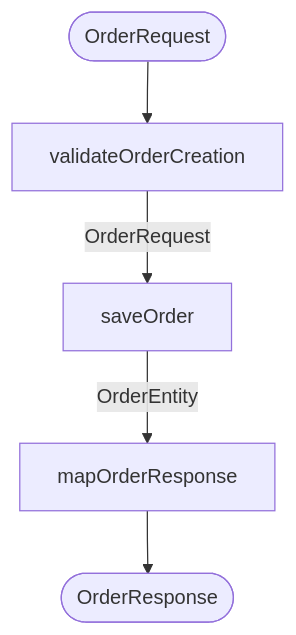
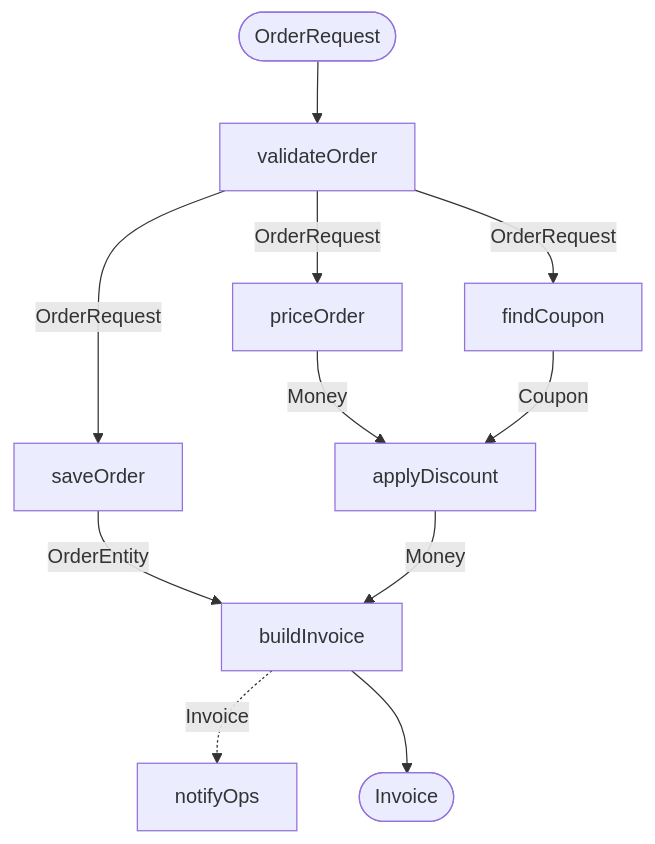
The diagram in docs/use-cases.md (enact-framework/enact), drawn with Mermaid before and after one commit. The commit also changed other lines of this file and 75 other files, not shown here.

First line of the commit message:
feat!: define use cases as a typed graph (#8)

````diff
--- a/docs/use-cases.md
+++ b/docs/use-cases.md
@@ -29,7 +47,13 @@
 ```mermaid
 flowchart TD
-    in([OrderRequest]) --> v[validateOrderCreation]
+    in([OrderRequest]) --> v[validateOrder]
     v -- OrderRequest --> s[saveOrder]
-    s -- OrderEntity --> m[mapOrderResponse]
-    m --> out([OrderResponse])
+    v -- OrderRequest --> p[priceOrder]
+    v -- OrderRequest --> c[findCoupon]
+    p -- Money --> d[applyDiscount]
+    c -- Coupon --> d
+    s -- OrderEntity --> b[buildInvoice]
+    d -- Money --> b
+    b -. Invoice .-> n[notifyOps]
+    b --> out([Invoice])
 ```
````
